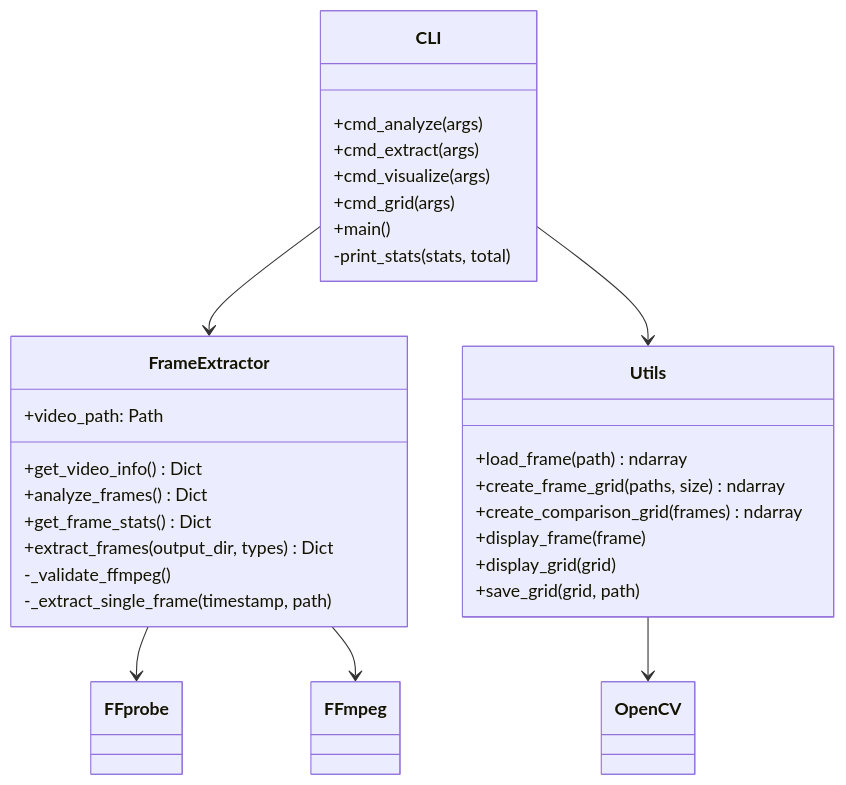
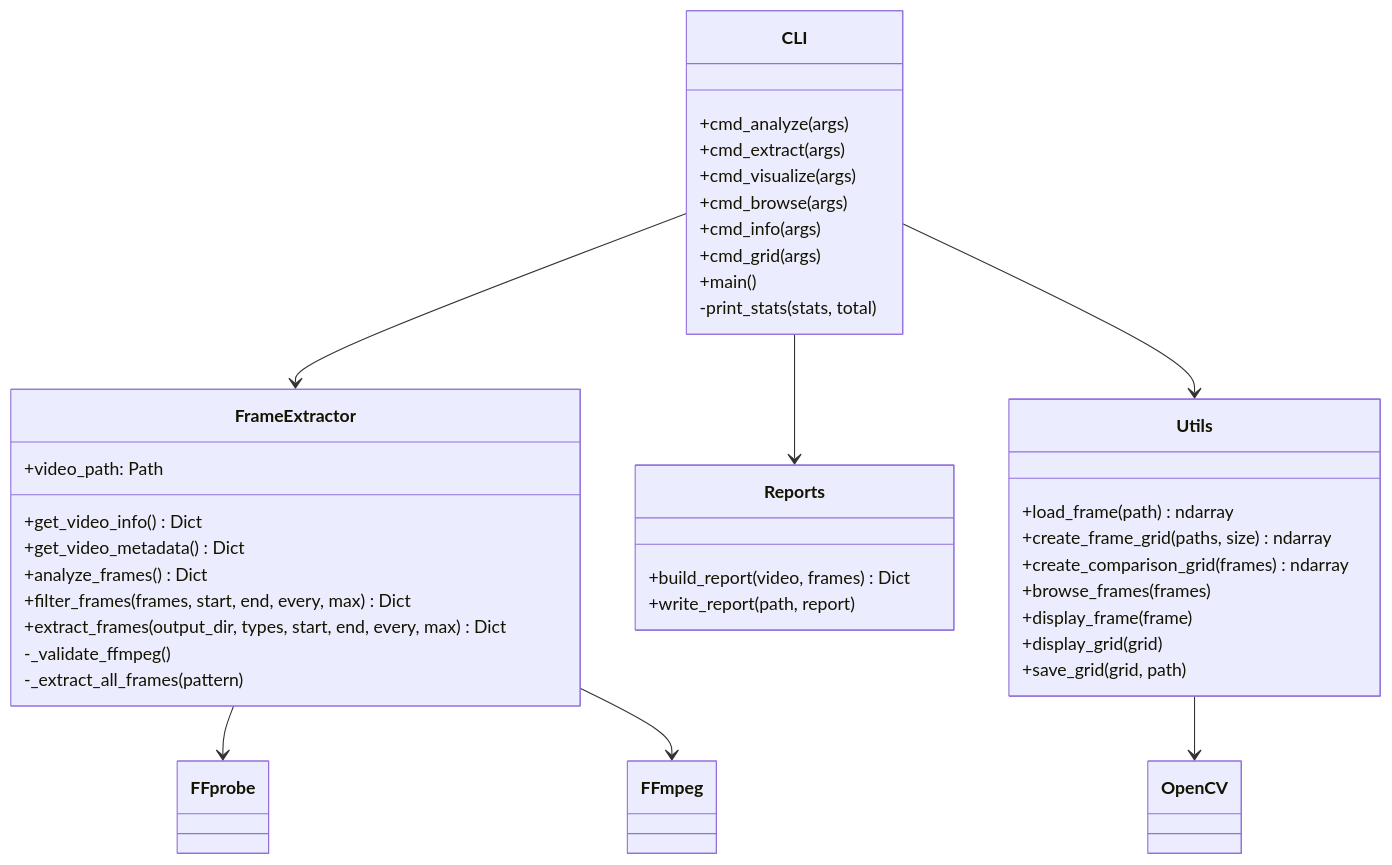
The fifth of 5 diagrams in architecture.md (ashishsaud2025/frame-inspector), drawn with Mermaid before and after one commit. The commit also changed other lines of this file and 1 other file, not shown here.

Commit message:
update documentation and architecture diagrams

````diff
--- a/architecture.md
+++ b/architecture.md
@@ -75,36 +95,46 @@
 ```mermaid
 classDiagram
     class FrameExtractor {
         +video_path: Path
         +get_video_info() Dict
+        +get_video_metadata() Dict
         +analyze_frames() Dict
-        +get_frame_stats() Dict
-        +extract_frames(output_dir, types) Dict
+        +filter_frames(frames, start, end, every, max) Dict
+        +extract_frames(output_dir, types, start, end, every, max) Dict
         -_validate_ffmpeg()
-        -_extract_single_frame(timestamp, path)
+        -_extract_all_frames(pattern)
+    }
+
+    class Reports {
+        +build_report(video, frames) Dict
+        +write_report(path, report)
     }
     
     class CLI {
         +cmd_analyze(args)
         +cmd_extract(args)
         +cmd_visualize(args)
+        +cmd_browse(args)
+        +cmd_info(args)
         +cmd_grid(args)
         +main()
         -print_stats(stats, total)
     }
     
     class Utils {
         +load_frame(path) ndarray
         +create_frame_grid(paths, size) ndarray
         +create_comparison_grid(frames) ndarray
+        +browse_frames(frames)
         +display_frame(frame)
         +display_grid(grid)
         +save_grid(grid, path)
     }
     
     CLI --> FrameExtractor
+    CLI --> Reports
     CLI --> Utils
     FrameExtractor --> FFprobe
     FrameExtractor --> FFmpeg
     Utils --> OpenCV
 ```
````
